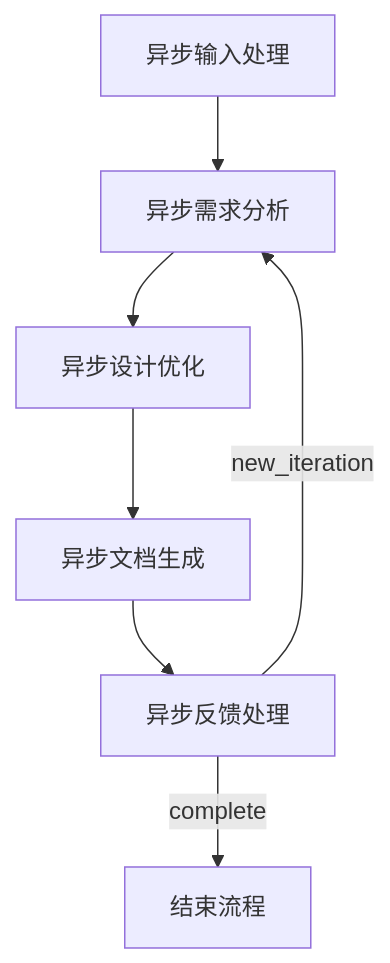
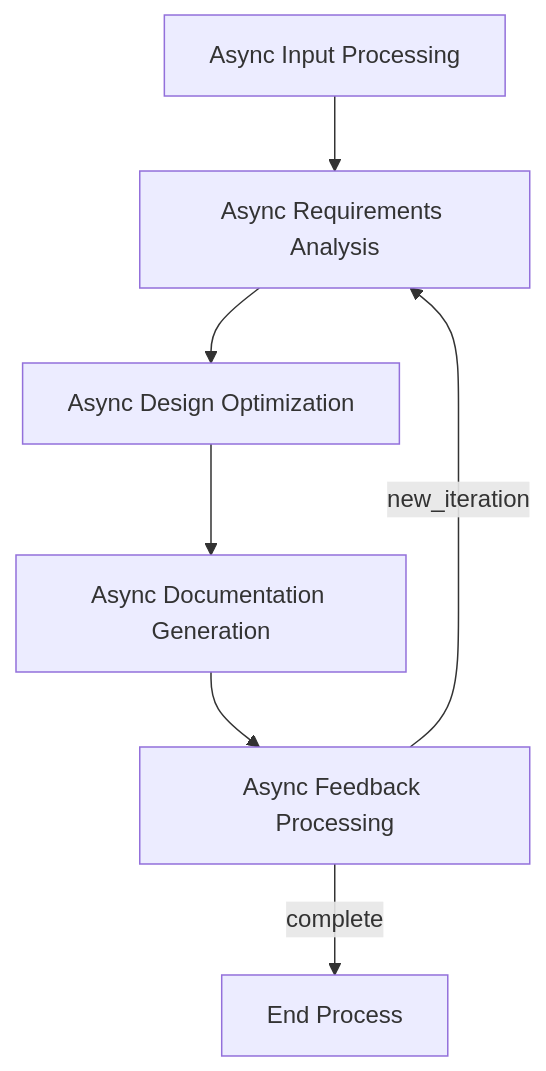
One commit to jennifer88huang/GTPlanner changed the diagram in README_zh-CN.md. Above: the diagram before and after it, drawn with Mermaid. The commit also changed other lines of this file and 14 other files, not shown here.

````diff
--- a/README_zh-CN.md
+++ b/README_zh-CN.md
@@ -204,9 +235,9 @@
 ```mermaid
 flowchart TD
-    inputNode[异步输入处理] --> analysisNode[异步需求分析]
-    analysisNode --> optimizationNode[异步设计优化]
-    optimizationNode --> docGenNode[异步文档生成]
-    docGenNode --> feedbackNode[异步反馈处理]
+    inputNode[Async Input Processing] --> analysisNode[Async Requirements Analysis]
+    analysisNode --> optimizationNode[Async Design Optimization]
+    optimizationNode --> docGenNode[Async Documentation Generation]
+    docGenNode --> feedbackNode[Async Feedback Processing]
     feedbackNode -->|new_iteration| analysisNode
-    feedbackNode -->|complete| endNode[结束流程]
+    feedbackNode -->|complete| endNode[End Process]
 ```
````
